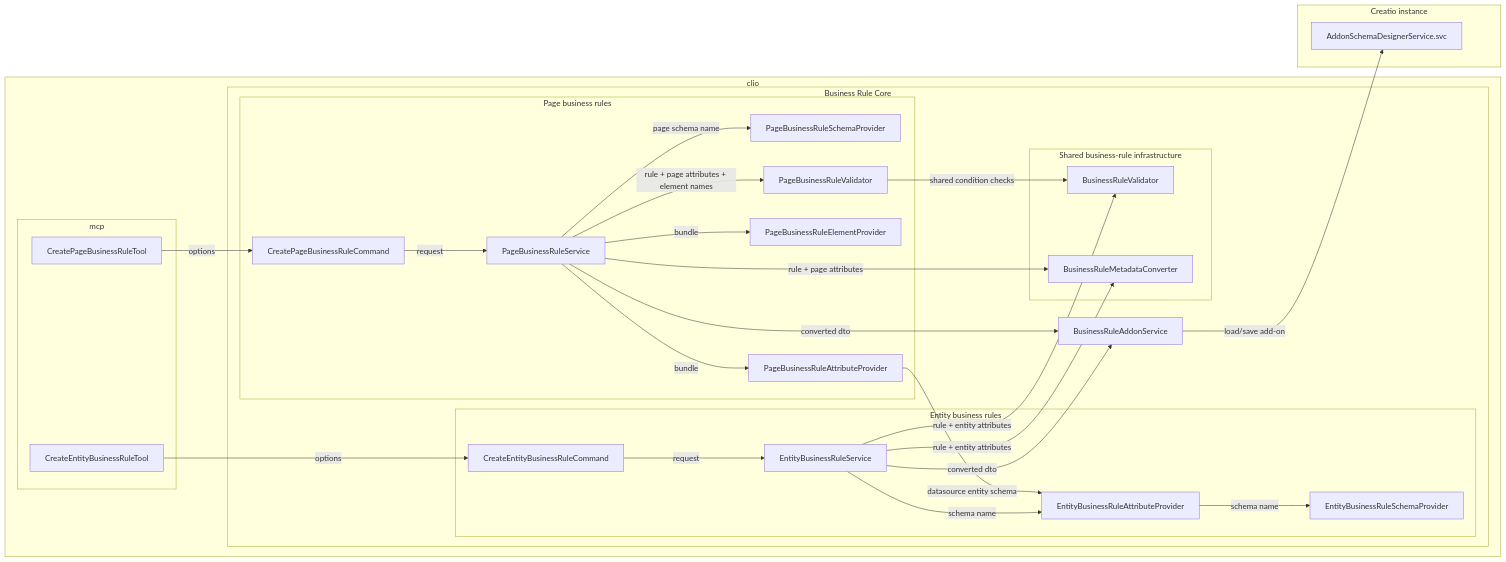
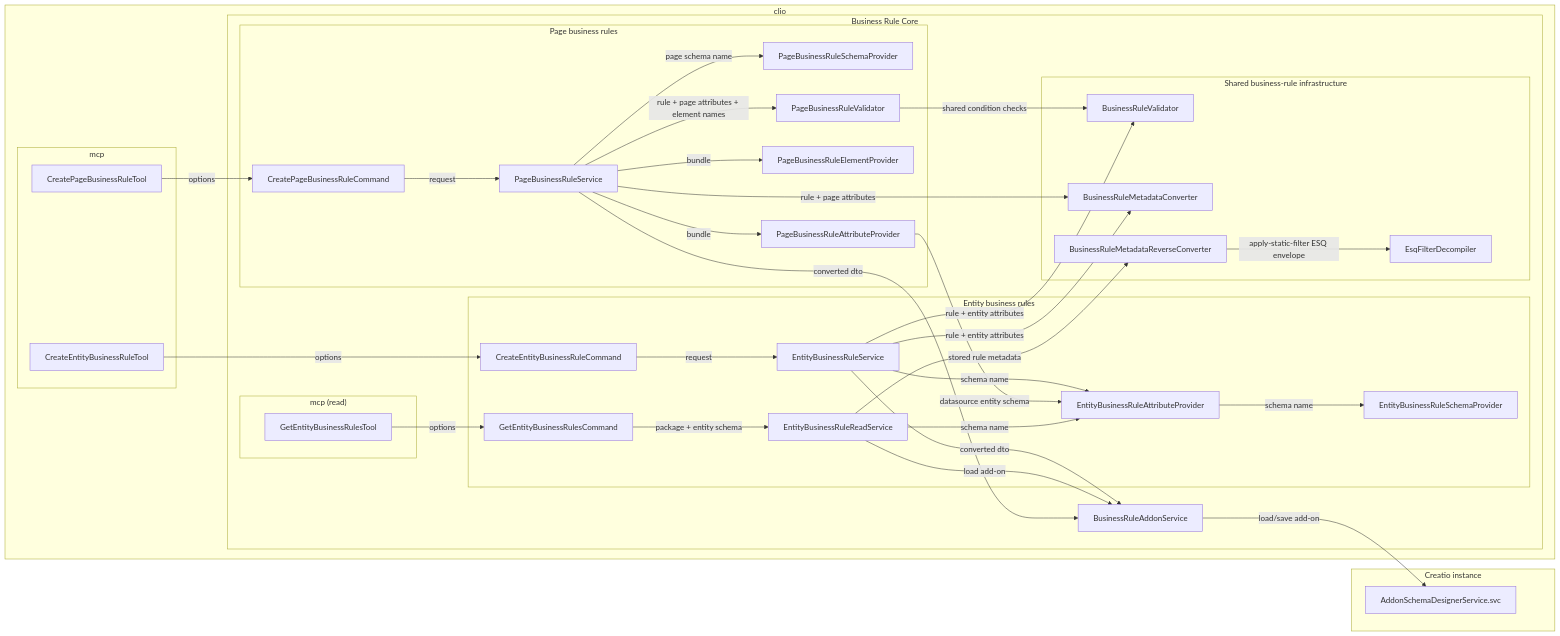
The diagram in spec/business-rules/business-rules-architecture.md (Advance-Technologies-Foundation/clio), drawn with Mermaid before and after one commit. The commit also changed other lines of this file and 4 other files, not shown here.

First line of the commit message:
feat: add read capability for entity business rules

````diff
--- a/spec/business-rules/business-rules-architecture.md
+++ b/spec/business-rules/business-rules-architecture.md
@@ -9,59 +9,74 @@
 ```mermaid
 flowchart LR
     subgraph Clio["clio"]
         subgraph MCP["mcp"]
             EntityTool["CreateEntityBusinessRuleTool"]
             PageTool["CreatePageBusinessRuleTool"]
         end
 
         subgraph Core["Business Rule Core"]
             subgraph EntityCore["Entity business rules"]
                 EntityCommand["CreateEntityBusinessRuleCommand"]
                 EntityService["EntityBusinessRuleService"]
+                EntityReadCommand["GetEntityBusinessRulesCommand"]
+                EntityReadService["EntityBusinessRuleReadService"]
                 EntitySchemaProvider["EntityBusinessRuleSchemaProvider"]
                 EntityAttributeProvider["EntityBusinessRuleAttributeProvider"]
             end
 
             subgraph PageCore["Page business rules"]
                 PageCommand["CreatePageBusinessRuleCommand"]
                 PageService["PageBusinessRuleService"]
                 PageSchemaProvider["PageBusinessRuleSchemaProvider"]
                 PageAttributeProvider["PageBusinessRuleAttributeProvider"]
                 PageElementProvider["PageBusinessRuleElementProvider"]
                 PageValidator["PageBusinessRuleValidator"]
             end
 
             subgraph SharedCore["Shared business-rule infrastructure"]
                 Validator["BusinessRuleValidator"]
                 Converter["BusinessRuleMetadataConverter"]
+                ReverseConverter["BusinessRuleMetadataReverseConverter"]
+                EsqDecompiler["EsqFilterDecompiler"]
+            end
+
+            subgraph ReadMcp["mcp (read)"]
+                EntityReadTool["GetEntityBusinessRulesTool"]
             end
 
             AddonService["BusinessRuleAddonService"]
         end
     end
 
     subgraph Creatio["Creatio instance"]
         Addon["AddonSchemaDesignerService.svc"]
     end
 
     EntityTool -->|"options"| EntityCommand
     EntityCommand -->|"request"| EntityService
     EntityService -->|"schema name"| EntityAttributeProvider
     EntityAttributeProvider -->|"schema name"| EntitySchemaProvider
     EntityService -->|"rule + entity attributes"| Validator
     EntityService -->|"rule + entity attributes"| Converter
     EntityService -->|"converted dto"| AddonService
 
     PageTool -->|"options"| PageCommand
     PageCommand -->|"request"| PageService
     PageService -->|"page schema name"| PageSchemaProvider
     PageService -->|"bundle"| PageAttributeProvider
     PageAttributeProvider -->|"datasource entity schema"| EntityAttributeProvider
     PageService -->|"bundle"| PageElementProvider
     PageService -->|"rule + page attributes + element names"| PageValidator
     PageValidator -->|"shared condition checks"| Validator
     PageService -->|"rule + page attributes"| Converter
     PageService -->|"converted dto"| AddonService
 
+    EntityReadTool -->|"options"| EntityReadCommand
+    EntityReadCommand -->|"package + entity schema"| EntityReadService
+    EntityReadService -->|"schema name"| EntityAttributeProvider
+    EntityReadService -->|"load add-on"| AddonService
+    EntityReadService -->|"stored rule metadata"| ReverseConverter
+    ReverseConverter -->|"apply-static-filter ESQ envelope"| EsqDecompiler
+
     AddonService -->|"load/save add-on"| Addon
 ```
````
